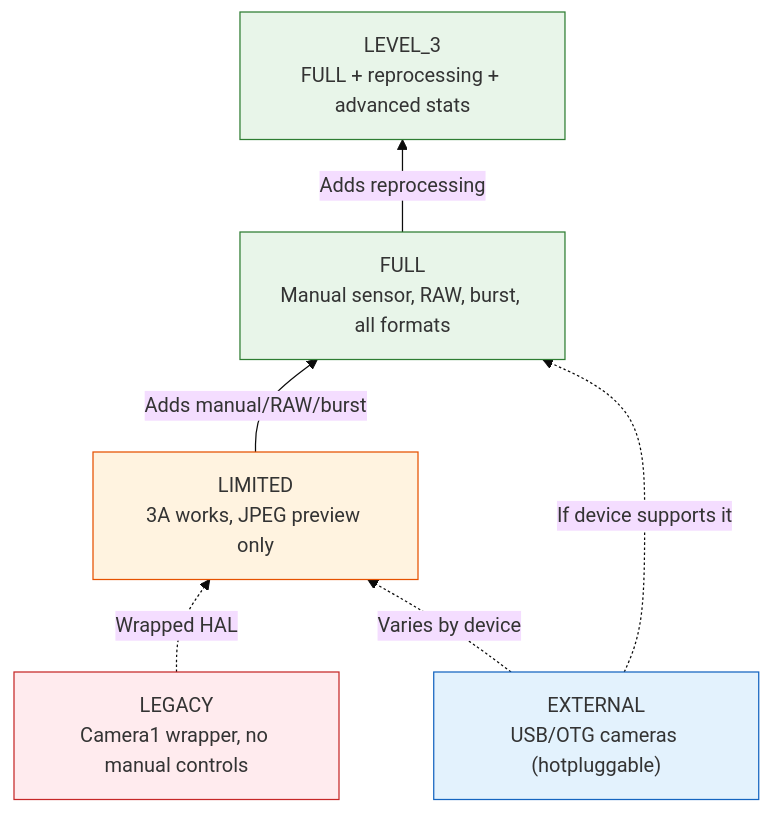
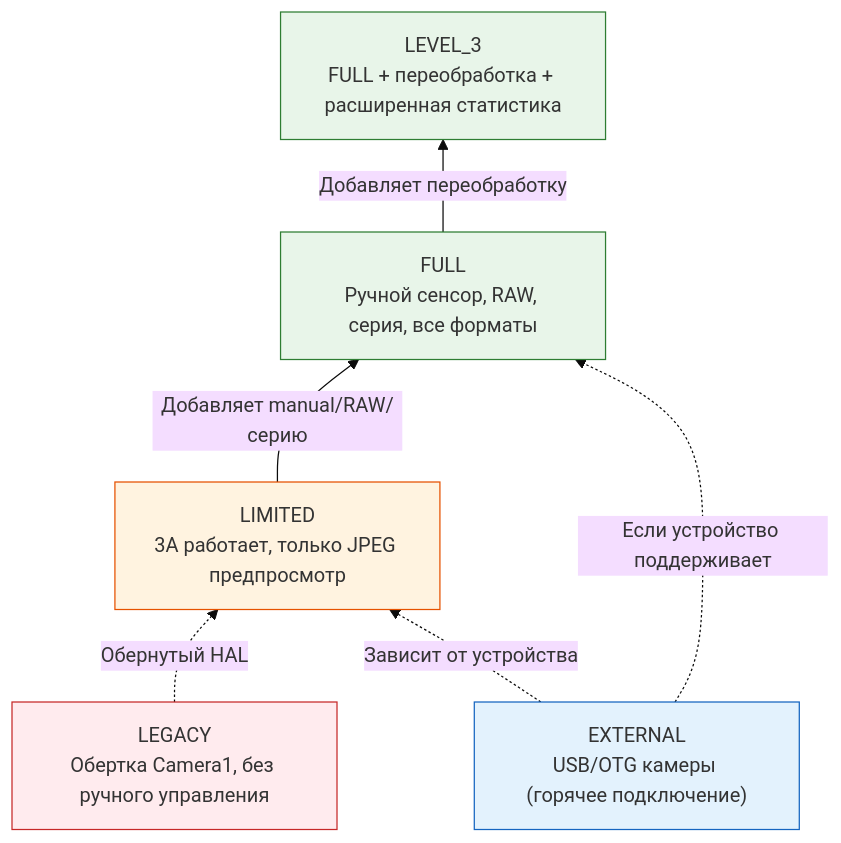
The first of 3 diagrams in website/i18n/ru/docusaurus-plugin-content-docs/current/camera2/cameracharacteristics-deep-dive.md (zoozooll/AndroidCameraParameters), drawn with Mermaid (base theme) before and after one commit. The commit also changed other lines of this file and 378 other files, not shown here.

````diff
--- a/website/i18n/ru/docusaurus-plugin-content-docs/current/camera2/cameracharacteristics-deep-dive.md
+++ b/website/i18n/ru/docusaurus-plugin-content-docs/current/camera2/cameracharacteristics-deep-dive.md
@@ -59,24 +59,24 @@
 ```mermaid
 flowchart BT
-    LEGACY["LEGACY<br/>Camera1 wrapper, no manual controls"]
-    LIMITED["LIMITED<br/>3A works, JPEG preview only"]
-    FULL["FULL<br/>Manual sensor, RAW, burst, all formats"]
-    LEVEL3["LEVEL_3<br/>FULL + reprocessing + advanced stats"]
-    EXTERNAL["EXTERNAL<br/>USB/OTG cameras (hotpluggable)"]
+    LEGACY["LEGACY<br/>Обертка Camera1, без ручного управления"]
+    LIMITED["LIMITED<br/>3A работает, только JPEG предпросмотр"]
+    FULL["FULL<br/>Ручной сенсор, RAW, серия, все форматы"]
+    LEVEL3["LEVEL_3<br/>FULL + переобработка + расширенная статистика"]
+    EXTERNAL["EXTERNAL<br/>USB/OTG камеры (горячее подключение)"]
 
-    LIMITED -->|"Adds manual/RAW/burst"| FULL
-    FULL -->|"Adds reprocessing"| LEVEL3
-    LEGACY -.->|Wrapped HAL| LIMITED
-    EXTERNAL -.->|Varies by device| LIMITED
-    EXTERNAL -.->|If device supports it| FULL
+    LIMITED -->|"Добавляет manual/RAW/серию"| FULL
+    FULL -->|"Добавляет переобработку"| LEVEL3
+    LEGACY -.->|Обернутый HAL| LIMITED
+    EXTERNAL -.->|Зависит от устройства| LIMITED
+    EXTERNAL -.->|Если устройство поддерживает| FULL
 
     classDef low fill:#ffebee,stroke:#c62828;
     classDef mid fill:#fff3e0,stroke:#e65100;
     classDef high fill:#e8f5e9,stroke:#2e7d32;
     classDef ext fill:#e3f2fd,stroke:#1565c0;
 
     class LEGACY low;
     class LIMITED mid;
     class FULL,LEVEL3 high;
     class EXTERNAL ext;
 ```
````
